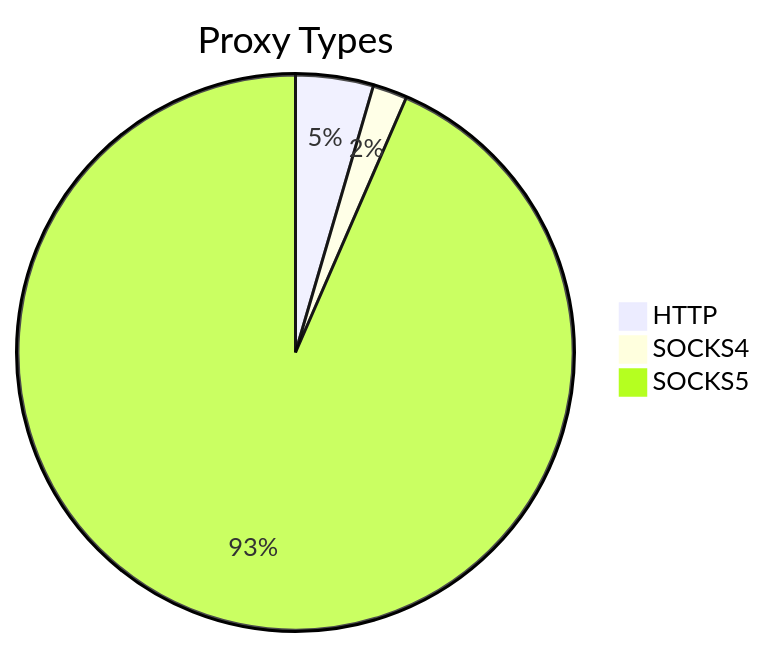
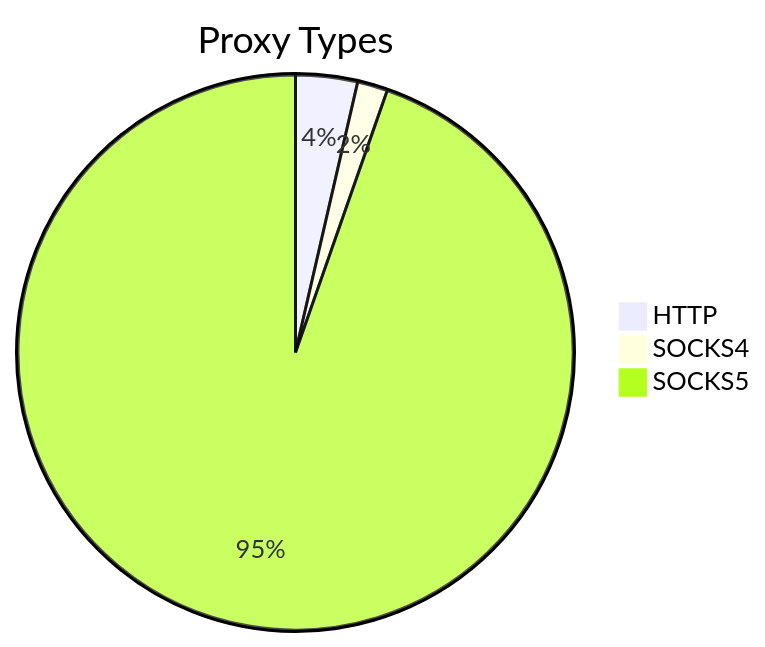
Before and after one commit to stormsia/proxy-list: the first of 2 diagrams in README.md, drawn with Mermaid. The commit also changed other lines of this file, not shown here.

````diff
--- a/README.md
+++ b/README.md
@@ -21,6 +21,6 @@
 ```mermaid
 pie title Proxy Types
-    "HTTP" : 131
-    "SOCKS4" : 58
-    "SOCKS5" : 2706
+    "HTTP" : 102
+    "SOCKS4" : 50
+    "SOCKS5" : 2683
 ```
````
